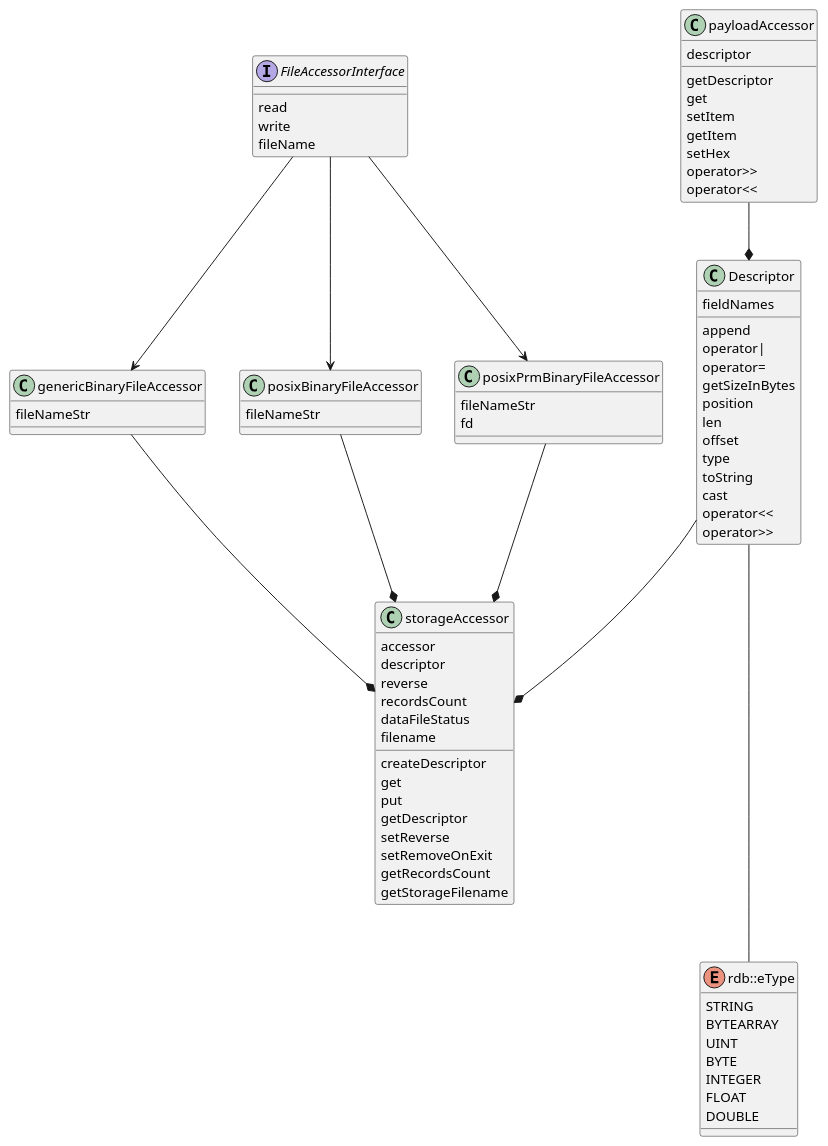
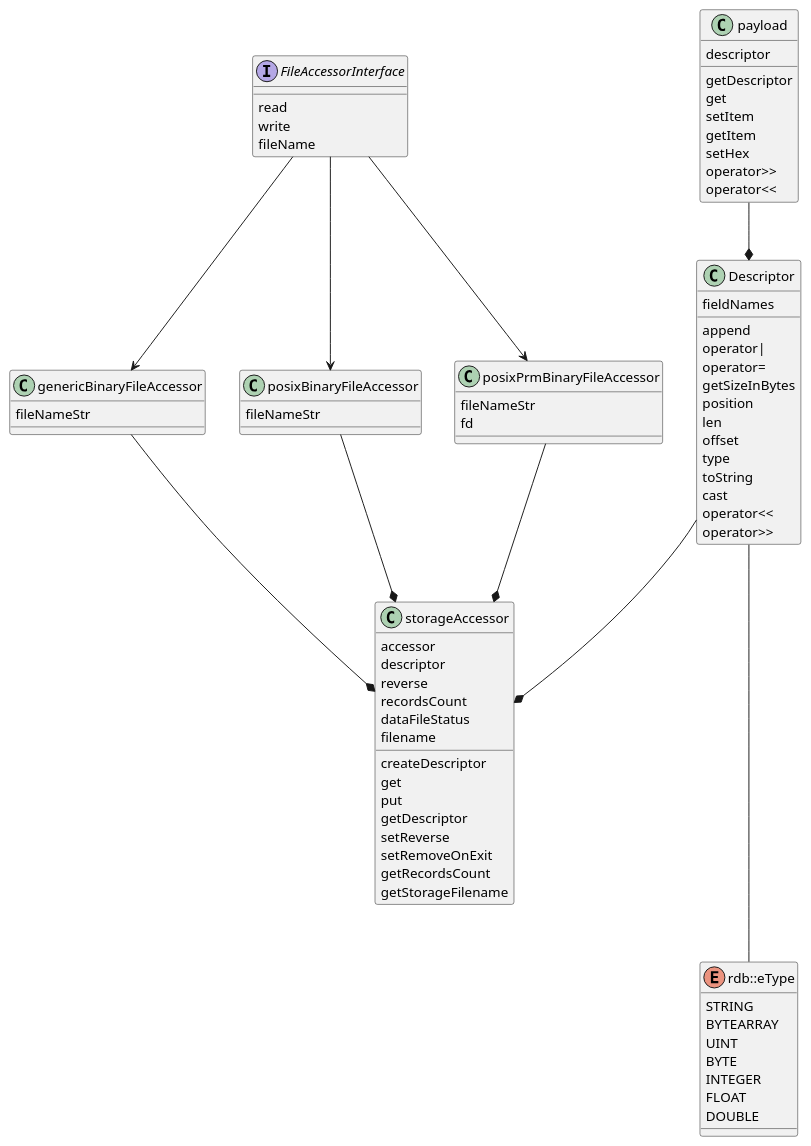
Before and after one commit to michalwidera/retractordb: the diagram in src/include/rdb/UML/rdb.puml, drawn with PlantUML. The commit also changed 12 other files, not shown here.

```diff
--- a/src/include/rdb/UML/rdb.puml
+++ b/src/include/rdb/UML/rdb.puml
@@ -1,95 +1,95 @@
 @startuml
 
 class Descriptor {
     {field} fieldNames
 
     {method} append
     {method} operator|
     {method} operator=
     {method} getSizeInBytes
     {method} position
     {method} len
     {method} offset
     {method} type
     {method} toString
     {method} cast
     {method} operator<<
     {method} operator>>
 }
 
 class genericBinaryFileAccessor {
     {field} fileNameStr
 }
 
 
 class posixBinaryFileAccessor {
     {field} fileNameStr
 }
 
 class posixPrmBinaryFileAccessor {
     {field} fileNameStr
     {field} fd
 }
 
 
 interface FileAccessorInterface {
     {method} read
     {method} write
     {method} fileName
 }
 
-class payloadAccessor {
+class payload {
     {field} descriptor
 
     {method} getDescriptor
     {method} get
     {method} setItem
     {method} getItem
     {method} setHex
     {method} operator>>
     {method} operator<<
 }
 
 class storageAccessor {
     {field} accessor
     {field} descriptor
     {field} reverse
     {field} recordsCount
     {field} dataFileStatus
     {field} filename
 
     {method} createDescriptor
     {method} get
     {method} put
     {method} getDescriptor
     {method} setReverse
     {method} setRemoveOnExit
     {method} getRecordsCount
     {method} getStorageFilename
 }
 
 enum rdb::eType {
     STRING
     BYTEARRAY
     UINT
     BYTE
     INTEGER
     FLOAT
     DOUBLE
 }
 
 FileAccessorInterface --> genericBinaryFileAccessor
 FileAccessorInterface --> posixBinaryFileAccessor
 FileAccessorInterface --> posixPrmBinaryFileAccessor
 
 genericBinaryFileAccessor --* storageAccessor
 posixBinaryFileAccessor --* storageAccessor
 posixPrmBinaryFileAccessor --* storageAccessor
 
 Descriptor --* storageAccessor
 
 Descriptor --- rdb::eType
 
-payloadAccessor --* Descriptor
+payload --* Descriptor
 
 @enduml
```
